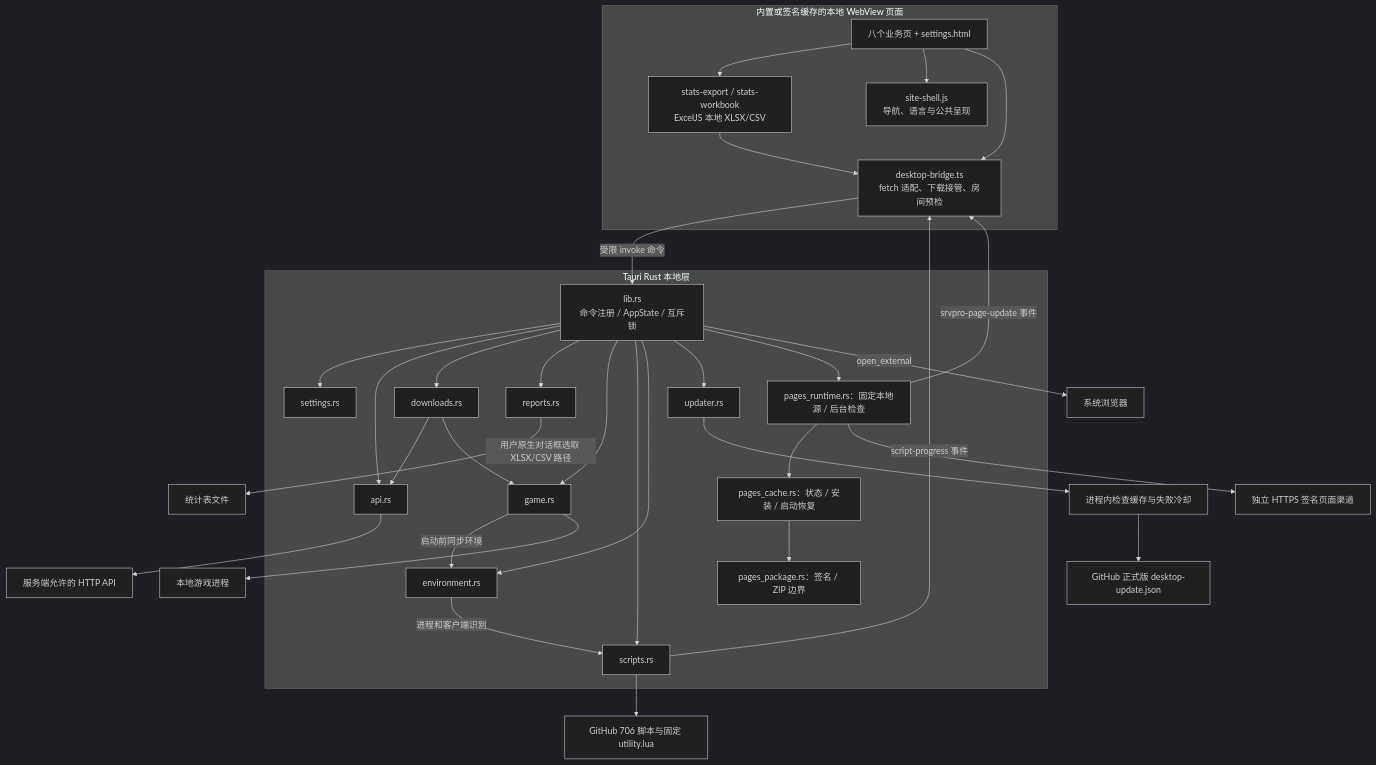
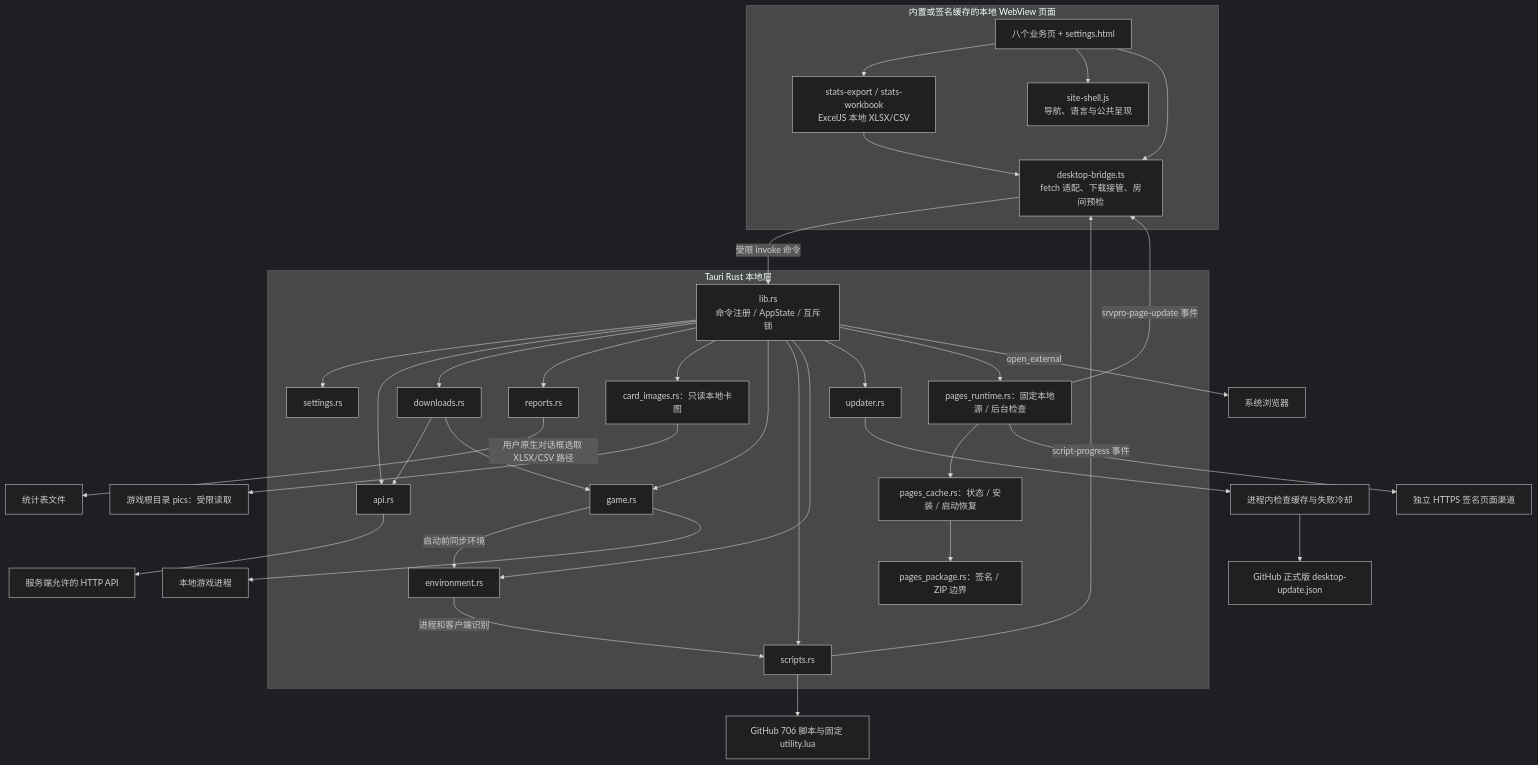
One commit to 301zrg/srvprotianti-desktop changed the second of 8 diagrams in docs/ARCHITECTURE.md. Above: the diagram before and after it, drawn with Mermaid (dark theme). The commit also changed other lines of this file and 19 other files, not shown here.

Commit message:
Add local-first usage card images as desktop v0.2.2 candidate

````diff
--- a/docs/ARCHITECTURE.md
+++ b/docs/ARCHITECTURE.md
@@ -48,53 +48,56 @@
 ```mermaid
 flowchart TB
     subgraph UI[内置或签名缓存的本地 WebView 页面]
         Pages["八个业务页 + settings.html"]
         Shell["site-shell.js<br/>导航、语言与公共呈现"]
         Bridge["desktop-bridge.ts<br/>fetch 适配、下载接管、房间预检"]
         Workbook["stats-export / stats-workbook<br/>ExcelJS 本地 XLSX/CSV"]
         Pages --> Workbook
         Workbook --> Bridge
         Pages --> Shell
         Pages --> Bridge
     end
     subgraph Native[Tauri Rust 本地层]
         Entry["lib.rs<br/>命令注册 / AppState / 互斥锁"]
         Settings[settings.rs]
         Api[api.rs]
         Download[downloads.rs]
         Reports[reports.rs]
+        CardImages[card_images.rs：只读本地卡图]
         Game[game.rs]
         Script[scripts.rs]
         Env[environment.rs]
         Update[updater.rs]
         PageRuntime[pages_runtime.rs：固定本地源 / 后台检查]
         PageCache[pages_cache.rs：状态 / 安装 / 启动恢复]
         PagePackage[pages_package.rs：签名 / ZIP 边界]
         Entry --> Settings
         Entry --> Api
         Entry --> Download
         Entry --> Reports
+        Entry --> CardImages
         Entry --> Game
         Entry --> Script
         Entry --> Env
         Entry --> Update
         Entry --> PageRuntime
         PageRuntime --> PageCache
         PageCache --> PagePackage
         Download --> Api
         Download --> Game
         Game -->|启动前同步环境| Env
         Env -->|进程和客户端识别| Script
     end
     Bridge -->|受限 invoke 命令| Entry
     Script -->|script-progress 事件| Bridge
     Api --> HTTP[服务端允许的 HTTP API]
     Script --> Git[GitHub 706 脚本与固定 utility.lua]
     Update --> Cache[进程内检查缓存与失败冷却]
     Cache --> Release[GitHub 正式版 desktop-update.json]
     PageRuntime --> PageChannel[独立 HTTPS 签名页面渠道]
     PageRuntime -->|srvpro-page-update 事件| Bridge
     Game --> Process[本地游戏进程]
+    CardImages --> Pics[游戏根目录 pics：受限读取]
     Reports -->|用户原生对话框选取 XLSX/CSV 路径| Csv[统计表文件]
     Entry -->|open_external| Browser[系统浏览器]
 ```
````
